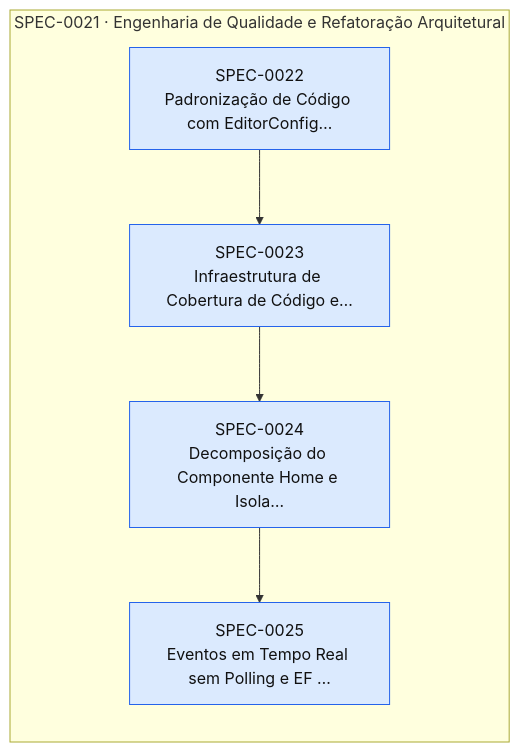
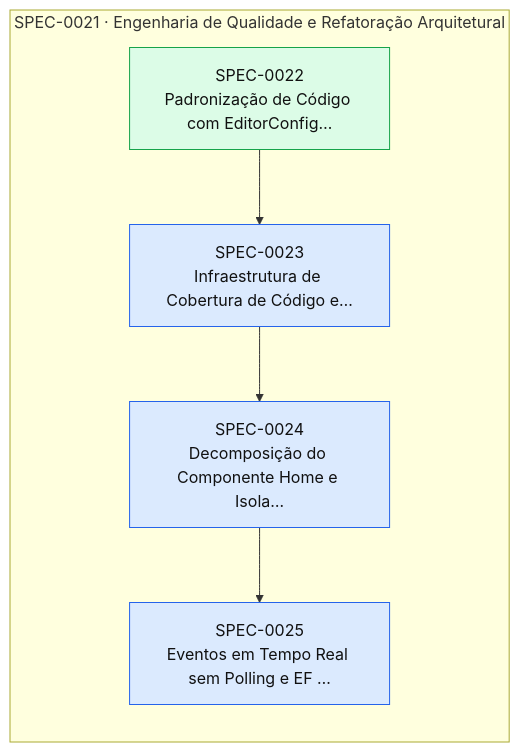
One commit to thomasravache/jogo-da-velha-multiplayer changed the diagram in docs/specs/INDEX.md. Above: the diagram before and after it, drawn with Mermaid. The commit also changed other lines of this file and 1 other file, not shown here.

First line of the commit message:
docs(specs): fechar SPEC-0022 (padronizacao de codigo com EditorConfig e Directory.Build.props)

````diff
--- a/docs/specs/INDEX.md
+++ b/docs/specs/INDEX.md
@@ -37,17 +36,17 @@
 ```mermaid
 flowchart LR
   subgraph E0021["SPEC-0021 · Engenharia de Qualidade e Refatoração Arquitetural"]
-    S0022["SPEC-0022<br/>Padronização de Código com EditorConfig…"]:::approved
+    S0022["SPEC-0022<br/>Padronização de Código com EditorConfig…"]:::implemented
     S0023["SPEC-0023<br/>Infraestrutura de Cobertura de Código e…"]:::approved
     S0024["SPEC-0024<br/>Decomposição do Componente Home e Isola…"]:::approved
     S0025["SPEC-0025<br/>Eventos em Tempo Real sem Polling e EF …"]:::approved
   end
   S0022 --> S0023
   S0023 --> S0024
   S0024 --> S0025
   classDef proposed fill:#fef3c7,stroke:#d97706,color:#111
   classDef approved fill:#dbeafe,stroke:#2563eb,color:#111
   classDef inprogress fill:#ede9fe,stroke:#7c3aed,color:#111
   classDef implemented fill:#dcfce7,stroke:#16a34a,color:#111
   classDef deprecated fill:#f3f4f6,stroke:#9ca3af,color:#6b7280
 ```
````
